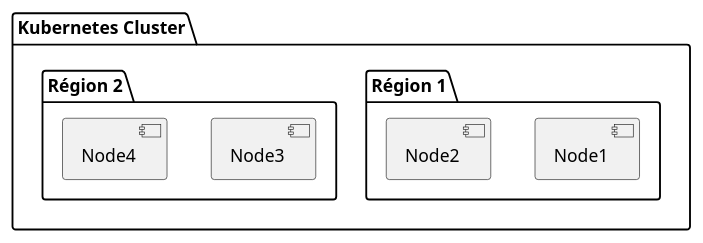
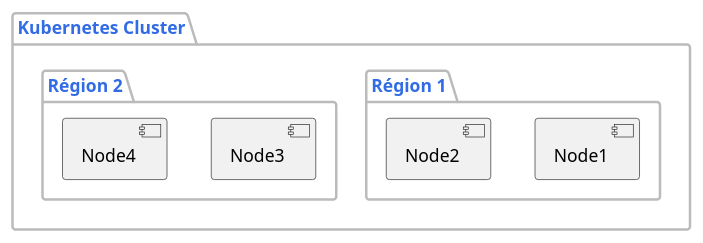
The diagram in diagrams/010-stretched.puml (sylvainmetayer/talk-k8s-2-az), drawn with PlantUML before and after one commit. The commit also changed 6 other files, not shown here.

Commit message:
Graphes uniformes + fix netpart etcd

```diff
--- a/diagrams/010-stretched.puml
+++ b/diagrams/010-stretched.puml
@@ -1,15 +1,29 @@
 @startuml
+
+skinparam package {
+    BackgroundColor #fff
+    BorderColor #bbb
+    BorderThickness 2
+    FontColor #326ce5
+    TitleFontColor #326ce5
+}
+skinparam node {
+    BackgroundColor #326ce5
+    BorderColor white
+    BorderThickness 4
+    FontColor white
+}
 
 package "Kubernetes Cluster" {
   package "Région 1" {
       [Node1] as n1
       [Node2] as n2
   }
 
   package "Région 2" {
       [Node3] as n3
       [Node4] as n4
   }
 }
 
 @enduml
```
